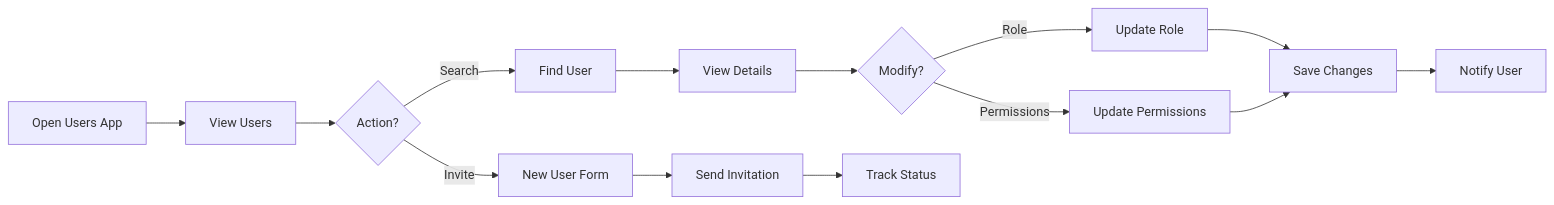
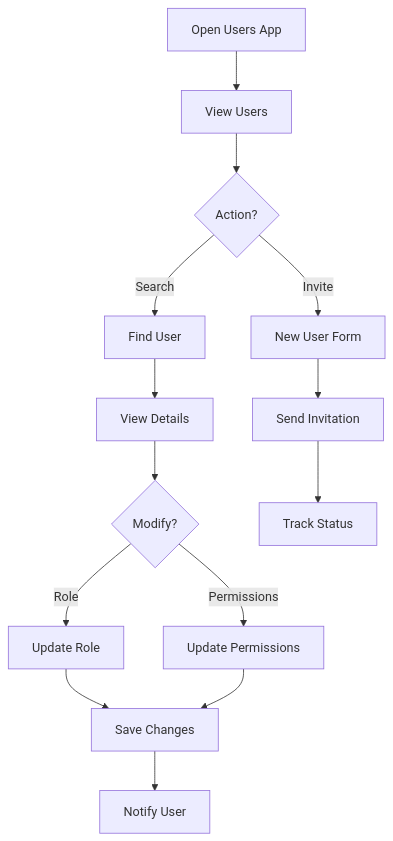
The seventh of 10 diagrams in docs/SEN3781_Assignment4_Information_Architecture_Report.md (RoundRobinHood/cogniflight-cloud), drawn with Mermaid before and after one commit. The commit also changed other lines of this file, not shown here.

Commit message:
improved diagram readability

````diff
--- a/docs/SEN3781_Assignment4_Information_Architecture_Report.md
+++ b/docs/SEN3781_Assignment4_Information_Architecture_Report.md
@@ -313,8 +333,14 @@
 ```mermaid
-flowchart LR
-    A[Open Users App] --> B[View Users] --> C{Action?}
-    C -->|Search| D[Find User] --> F[View Details] --> G{Modify?}
-    G -->|Role| H[Update Role] --> J[Save Changes] --> K[Notify User]
-    G -->|Permissions| I[Update Permissions] --> J
-    C -->|Invite| E[New User Form] --> L[Send Invitation] --> M[Track Status]
+flowchart TD
+    A[Open Users App] --> B[View Users]
+    B --> C{Action?}
+    C -->|Search| D[Find User]
+    C -->|Invite| E[New User Form]
+    D --> F[View Details] --> G{Modify?}
+    G -->|Role| H[Update Role]
+    G -->|Permissions| I[Update Permissions]
+    H --> J[Save Changes]
+    I --> J
+    J --> K[Notify User]
+    E --> L[Send Invitation] --> M[Track Status]
 ```
````
